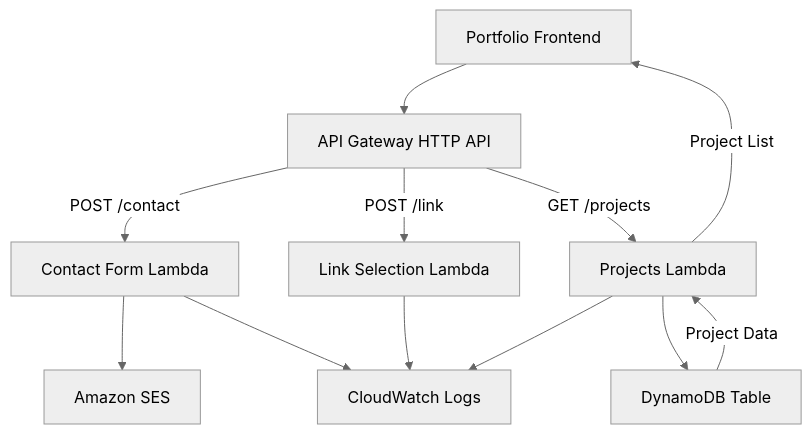
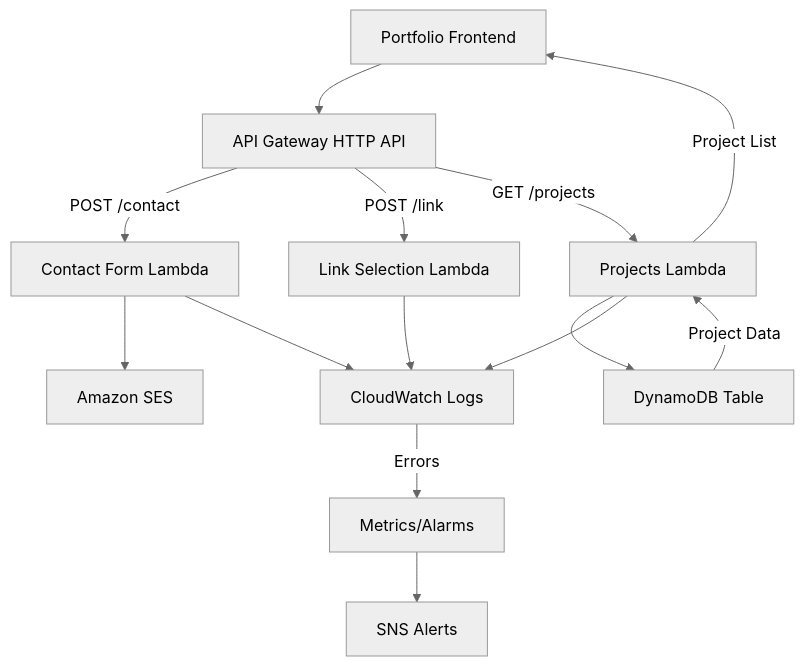
Before and after one commit to chris-royall/portfolio-cloudformation: the diagram in README.md, drawn with Mermaid (neutral theme). The commit also changed other lines of this file, not shown here.

Commit message:
Implemented Metrics and Alarms

````diff
--- a/README.md
+++ b/README.md
@@ -39,17 +40,19 @@
 ```mermaid
 graph TD
     Frontend[Portfolio Frontend] --> API[API Gateway HTTP API]
     
     API -->|POST /contact| ContactLambda[Contact Form Lambda]
     API -->|POST /link| LinkLambda[Link Selection Lambda]
     API -->|GET /projects| ProjectsLambda[Projects Lambda]
     
     ContactLambda --> SES[Amazon SES]
     ProjectsLambda --> DynamoDB[DynamoDB Table]
     DynamoDB -->|Project Data| ProjectsLambda
     ProjectsLambda -->|Project List| Frontend
     
     ContactLambda --> Logs[CloudWatch Logs]
     LinkLambda --> Logs
     ProjectsLambda --> Logs
+    Logs -->|Errors| Alarms[Metrics/Alarms]
+    Alarms --> SNS[SNS Alerts]
 ```
````
